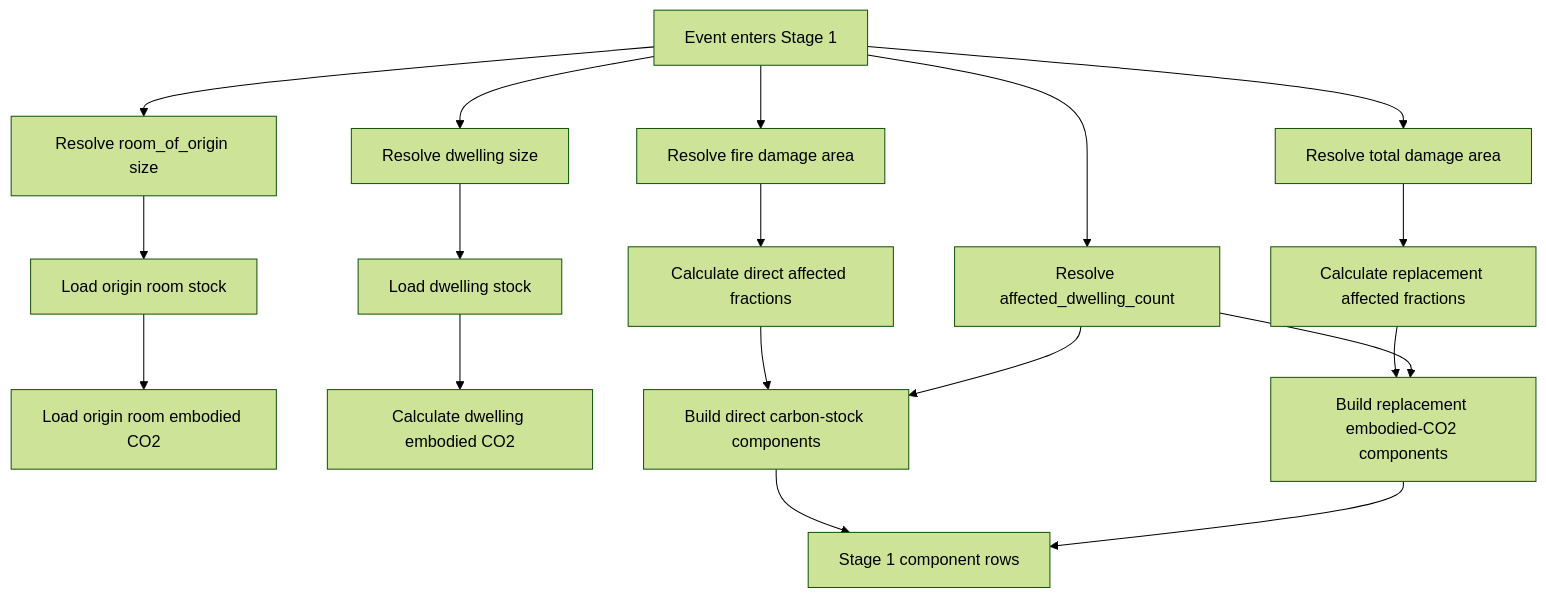
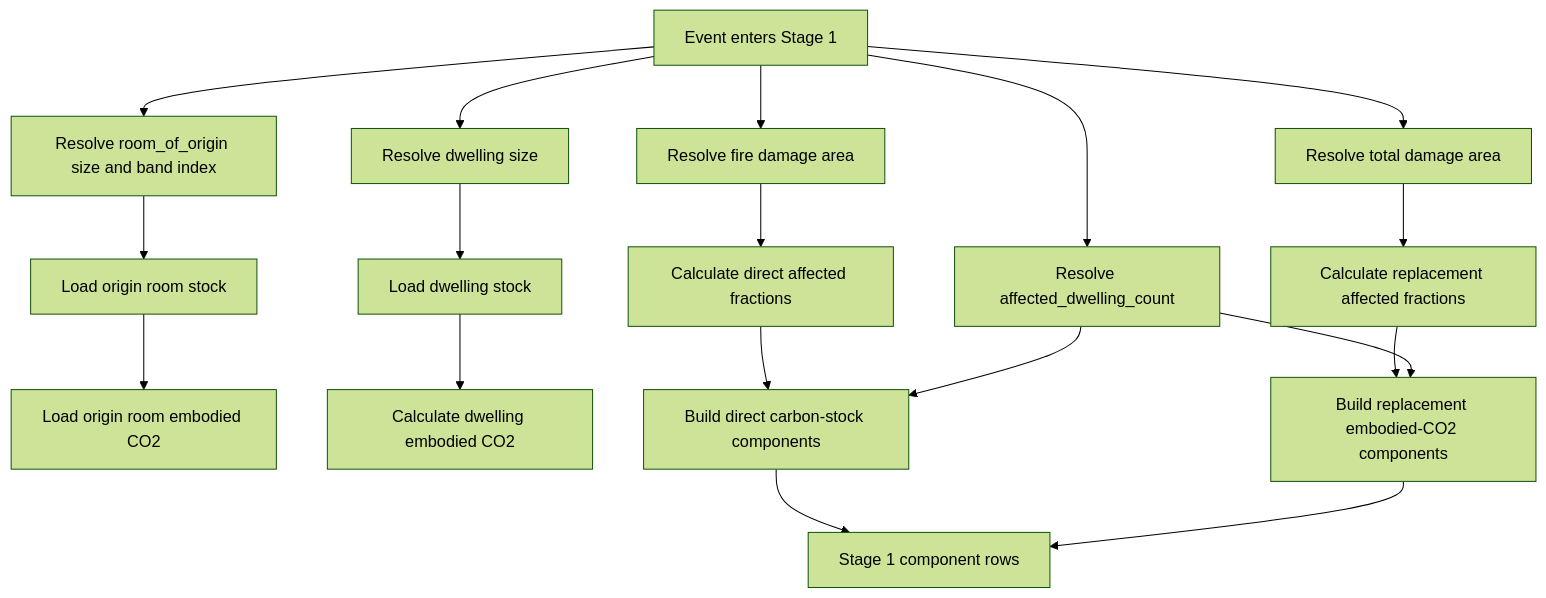
Before and after one commit to th0harr/fire-emissions: the fourth of 15 diagrams in docs/flowcharts/fire_emissions_model/fire_emissions_model_flowchart_v2.md, drawn with Mermaid (forest theme). The commit also changed other lines of this file and 9 other files, not shown here.

````diff
--- a/docs/flowcharts/fire_emissions_model/fire_emissions_model_flowchart_v2.md
+++ b/docs/flowcharts/fire_emissions_model/fire_emissions_model_flowchart_v2.md
@@ -127,25 +136,25 @@
 ```mermaid
 flowchart TD
 
     A[Event enters Stage 1] --> B[Resolve fire damage area]
     A --> C[Resolve total damage area]
-    A --> D[Resolve room_of_origin size]
+    A --> D[Resolve room_of_origin size and band index]
     A --> E[Resolve dwelling size]
     A --> F[Resolve affected_dwelling_count]
 
     B --> G[Calculate direct affected fractions]
     C --> H[Calculate replacement affected fractions]
 
     D --> I[Load origin room stock]
     E --> J[Load dwelling stock]
     I --> K[Load origin room embodied CO2]
     J --> L[Calculate dwelling embodied CO2]
 
     G --> M[Build direct carbon-stock components]
     H --> N[Build replacement embodied-CO2 components]
     F --> M
     F --> N
 
     M --> O[Stage 1 component rows]
     N --> O
 ```
````
